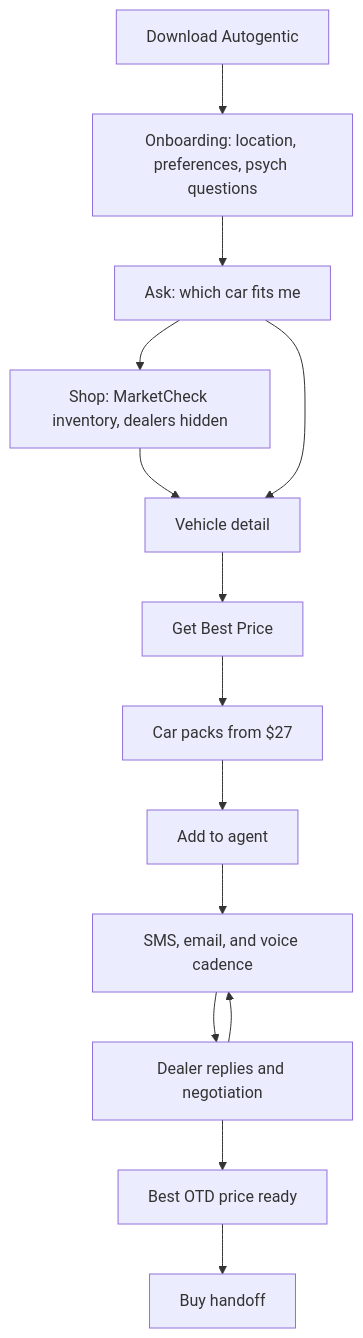
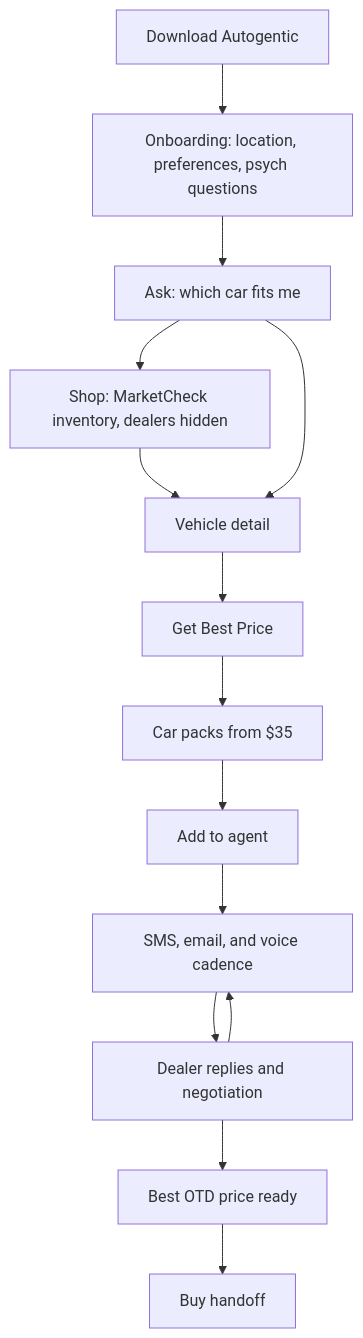
Before and after one commit to wilsonpartyof5/autoagent: the diagram in docs/drevvy/USER_JOURNEY.md, drawn with Mermaid. The commit also changed other lines of this file and 22 other files, not shown here.

````diff
--- a/docs/drevvy/USER_JOURNEY.md
+++ b/docs/drevvy/USER_JOURNEY.md
@@ -7,19 +7,19 @@
 ```mermaid
 flowchart TD
   download[Download Autogentic]
   onboard[Onboarding: location, preferences, psych questions]
   ask[Ask: which car fits me]
   shop[Shop: MarketCheck inventory, dealers hidden]
   vdp[Vehicle detail]
   best[Get Best Price]
-  paywall["Car packs from $27"]
+  paywall["Car packs from $35"]
   add[Add to agent]
   outreach[SMS, email, and voice cadence]
   replies[Dealer replies and negotiation]
   ready[Best OTD price ready]
   handoff[Buy handoff]
 
   download --> onboard --> ask --> shop --> vdp --> best --> paywall --> add --> outreach --> replies --> ready --> handoff
   ask --> vdp
   replies --> outreach
 ```
````
